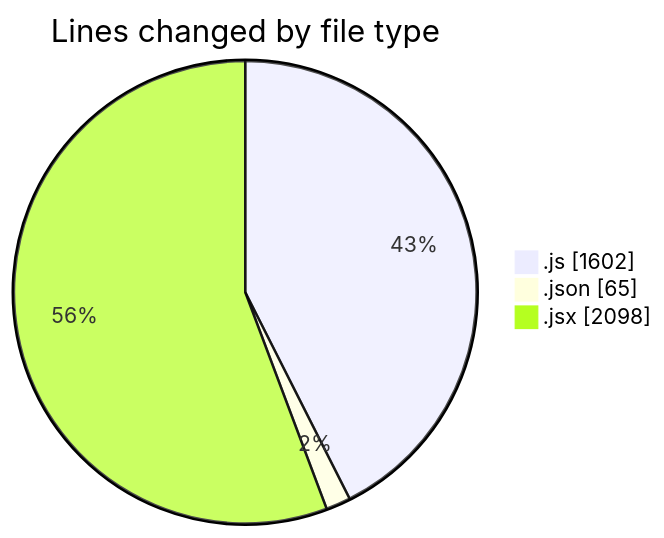
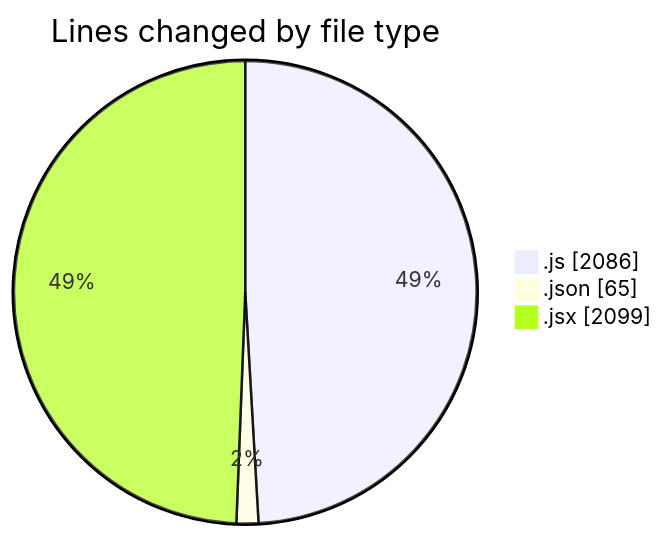
One commit to nxtqubesakshisongat/code-tracking changed the first of 2 diagrams in 2026-01-14/nxtqube_webapp/README.md. Above: the diagram before and after it, drawn with Mermaid. The commit also changed other lines of this file and 1 other file, not shown here.

````diff
--- a/2026-01-14/nxtqube_webapp/README.md
+++ b/2026-01-14/nxtqube_webapp/README.md
@@ -27,7 +28,7 @@
 ```mermaid
 pie showData
 title Lines changed by file type
-".js" : 1602
+".js" : 2086
 ".json" : 65
-".jsx" : 2098
+".jsx" : 2099
 ```
````
